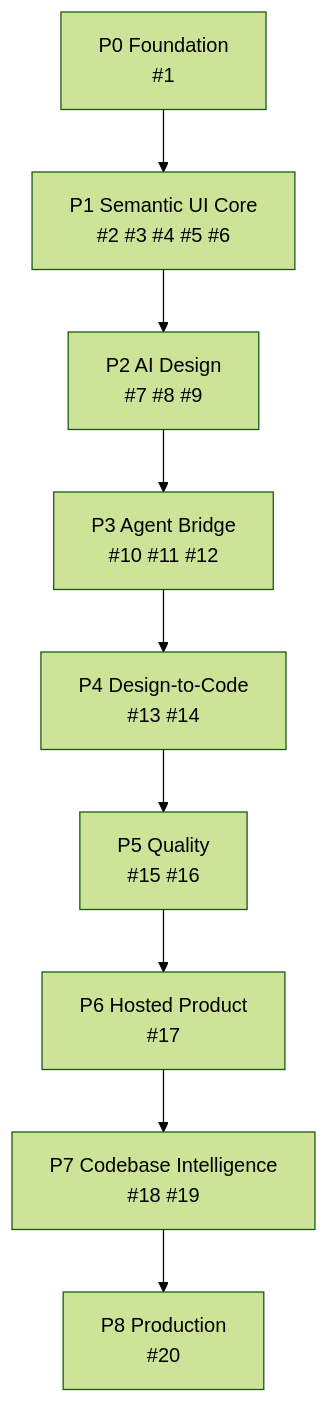
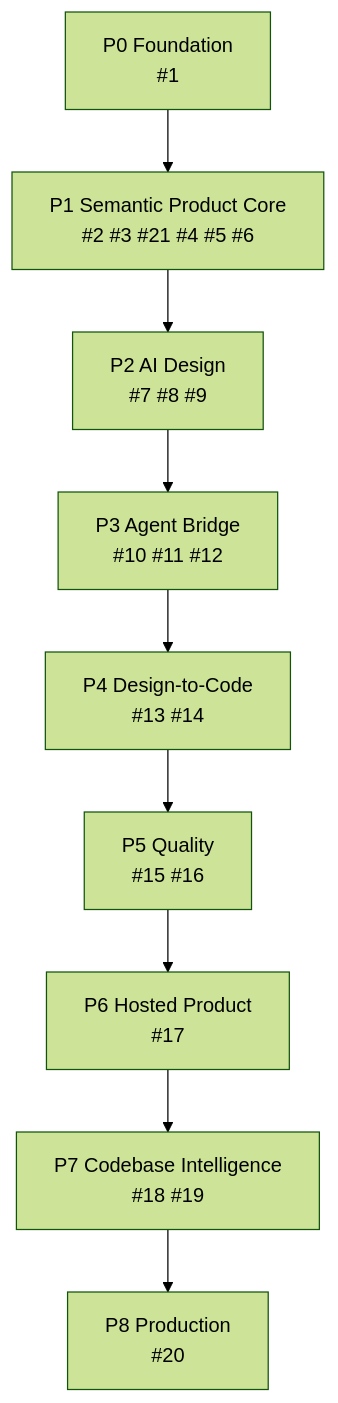
The diagram in docs/ROADMAP.md (tuanpham09/UIForge), drawn with Mermaid (forest theme) before and after one commit. The commit also changed other lines of this file, not shown here.

Commit message:
docs: add product experience graph architecture

```diff
--- a/docs/ROADMAP.md
+++ b/docs/ROADMAP.md
@@ -5,14 +5,14 @@
 ~~~mermaid
 flowchart TB
     P0["P0 Foundation<br/>#1"]
-    P1["P1 Semantic UI Core<br/>#2 #3 #4 #5 #6"]
+    P1["P1 Semantic Product Core<br/>#2 #3 #21 #4 #5 #6"]
     P2["P2 AI Design<br/>#7 #8 #9"]
     P3["P3 Agent Bridge<br/>#10 #11 #12"]
     P4["P4 Design-to-Code<br/>#13 #14"]
     P5["P5 Quality<br/>#15 #16"]
     P6["P6 Hosted Product<br/>#17"]
     P7["P7 Codebase Intelligence<br/>#18 #19"]
     P8["P8 Production<br/>#20"]
 
     P0 --> P1 --> P2 --> P3 --> P4 --> P5 --> P6 --> P7 --> P8
 ~~~
```
